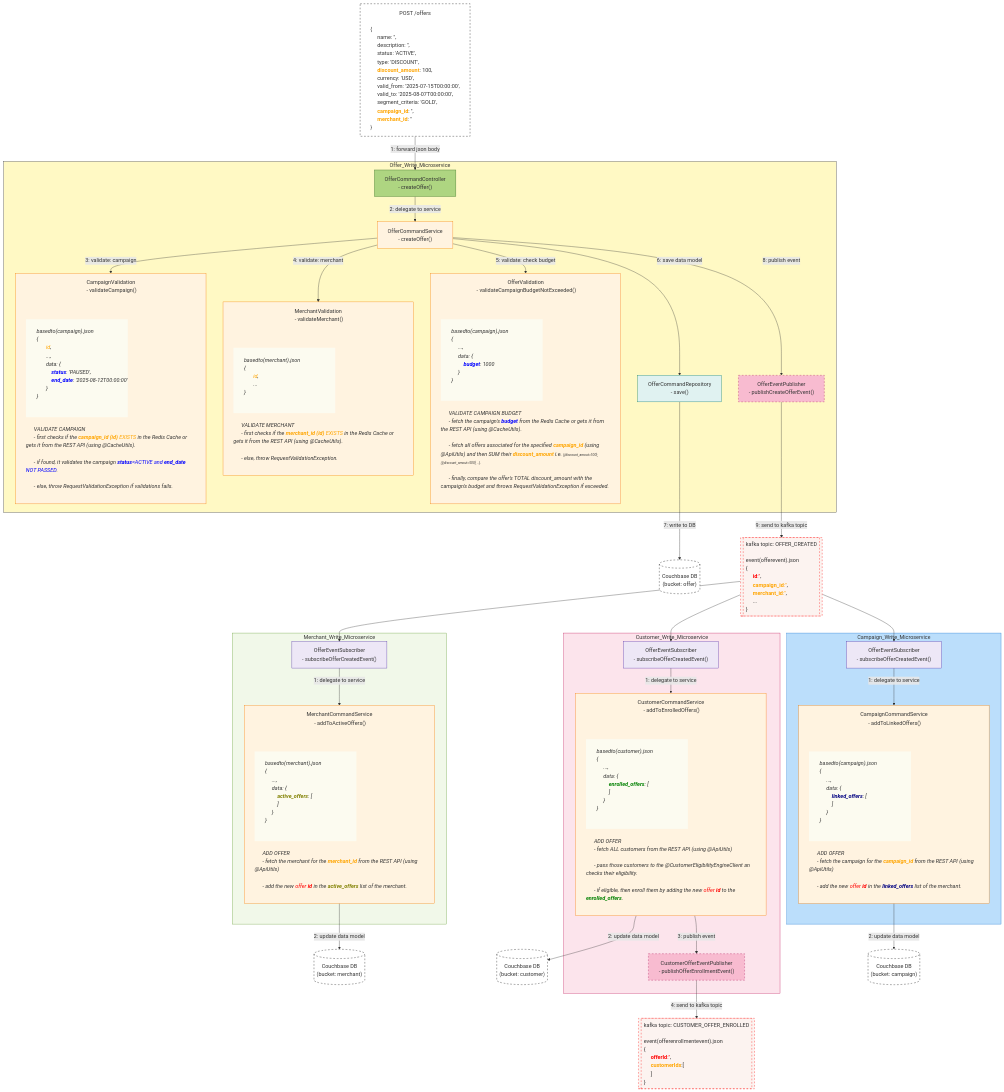
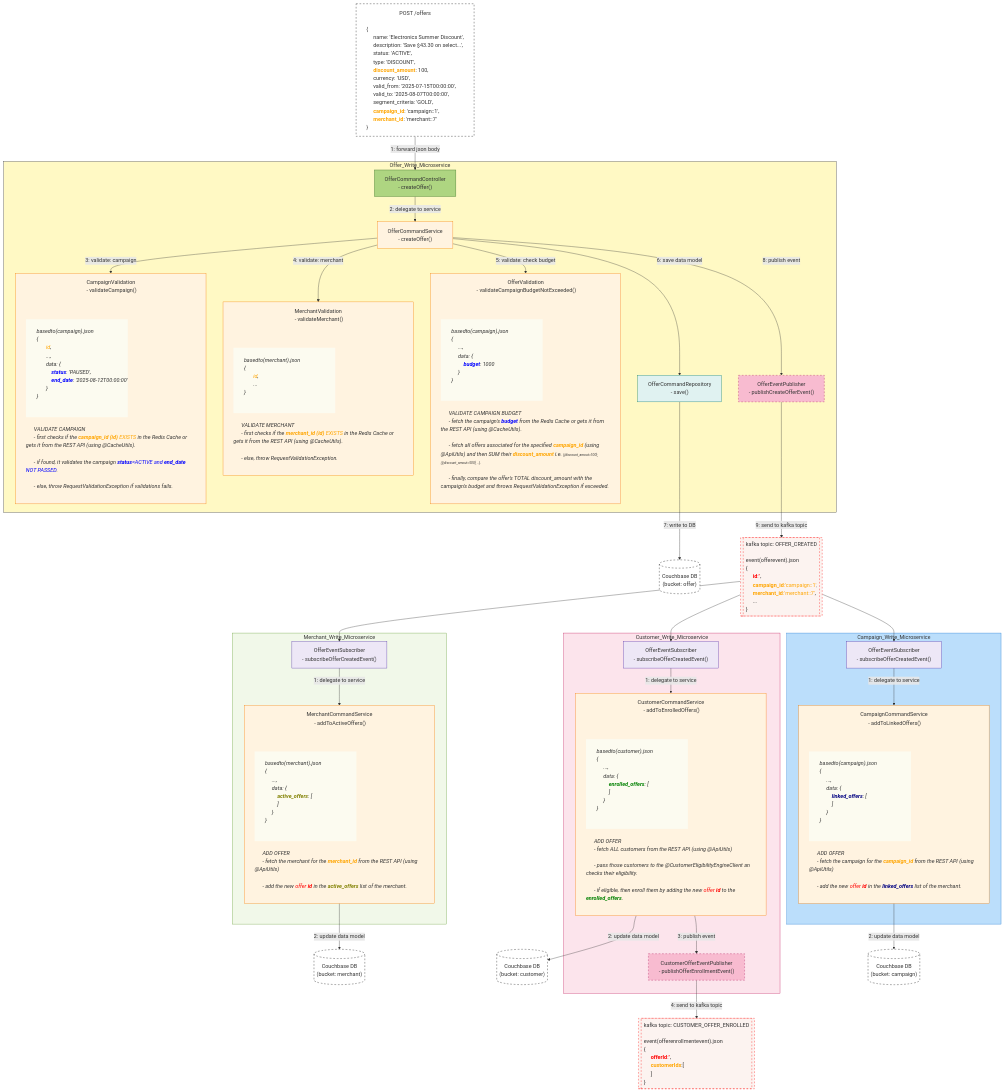
One commit to aakashkumar1980/apps-microservices changed the diagram in _readme_assets/offer_create.mmd. Above: the diagram before and after it, drawn with Mermaid.

Commit message:
code refactor

```diff
--- a/_readme_assets/offer_create.mmd
+++ b/_readme_assets/offer_create.mmd
@@ -7,8 +7,8 @@
 POSTMAN["POST /offers
   <div style='text-align: left'>
     {
-      #emsp; name: '',
-      #emsp; description: '',
+      #emsp; name: 'Electronics Summer Discount',
+      #emsp; description: 'Save $43.30 on select...',
       #emsp; status: 'ACTIVE',
       #emsp; type: 'DISCOUNT',
       #emsp; <font color=orange><b> discount_amount</b></font>: 100,
@@ -16,8 +16,8 @@
       #emsp; valid_from: '2025-07-15T00:00:00',
       #emsp; valid_to: '2025-08-07T00:00:00',
       #emsp; segment_criteria: 'GOLD',
-      #emsp; <font color=orange><b>campaign_id</b></font>: '',
-      #emsp; <font color=orange><b>merchant_id</b></font>: ''
+      #emsp; <font color=orange><b>campaign_id</b></font>: 'campaign::1',
+      #emsp; <font color=orange><b>merchant_id</b></font>: 'merchant::7'
     }
   </div>
 "]:::external
@@ -91,8 +91,8 @@
     event(offerevent).json
     {
       #emsp; <font color=red><b>id</b>:''</font>,
-      #emsp; <font color=orange><b>campaign_id</b>:''</font>,
-      #emsp; <font color=orange><b>merchant_id</b>:''</font>,
+      #emsp; <font color=orange><b>campaign_id</b>:'campaign::1'</font>,
+      #emsp; <font color=orange><b>merchant_id</b>:'merchant::7'</font>,
       #emsp; ...
     }
   </div>
```
